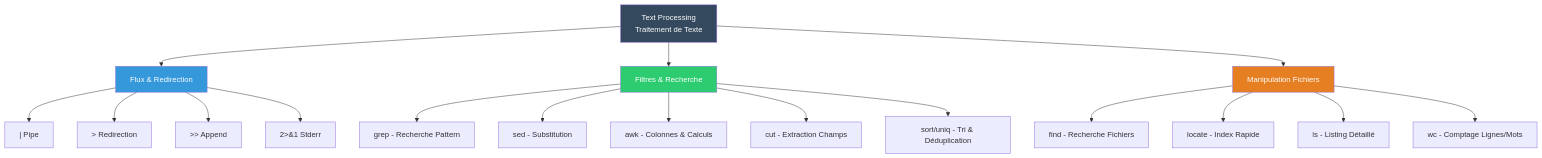
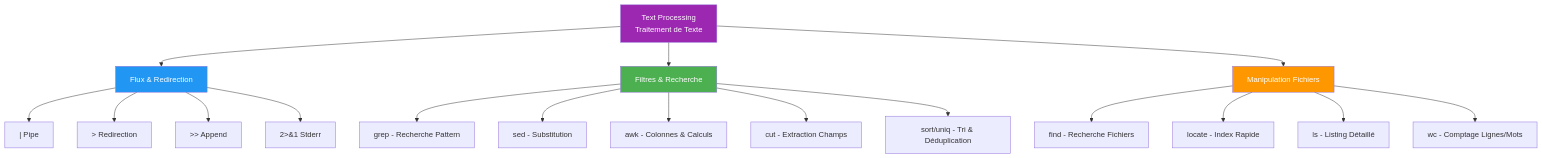
Before and after one commit to VBlackJack/ShellBook: the second of 5 diagrams in docs/linux/lpi-certification.md, drawn with Mermaid. The commit also changed other lines of this file and 337 other files, not shown here.

First line of the commit message:
refactor(docs): Standardize code blocks and Mermaid colors

````diff
--- a/docs/linux/lpi-certification.md
+++ b/docs/linux/lpi-certification.md
@@ -60,27 +60,27 @@
 ```mermaid
 graph TD
     A[Text Processing<br/>Traitement de Texte] --> B[Flux & Redirection]
     A --> C[Filtres & Recherche]
     A --> D[Manipulation Fichiers]
 
     B --> B1["|" Pipe]
     B --> B2[">" Redirection]
     B --> B3[">>" Append]
     B --> B4["2>&1" Stderr]
 
     C --> C1["grep - Recherche Pattern"]
     C --> C2["sed - Substitution"]
     C --> C3["awk - Colonnes & Calculs"]
     C --> C4["cut - Extraction Champs"]
     C --> C5["sort/uniq - Tri & Déduplication"]
 
     D --> D1["find - Recherche Fichiers"]
     D --> D2["locate - Index Rapide"]
     D --> D3["ls - Listing Détaillé"]
     D --> D4["wc - Comptage Lignes/Mots"]
 
-    style A fill:#34495e,color:#fff
-    style B fill:#3498db,color:#fff
-    style C fill:#2ecc71,color:#fff
-    style D fill:#e67e22,color:#fff
+    style A fill:#9C27B0,color:#fff
+    style B fill:#2196F3,color:#fff
+    style C fill:#4CAF50,color:#fff
+    style D fill:#FF9800,color:#fff
 ```
````
